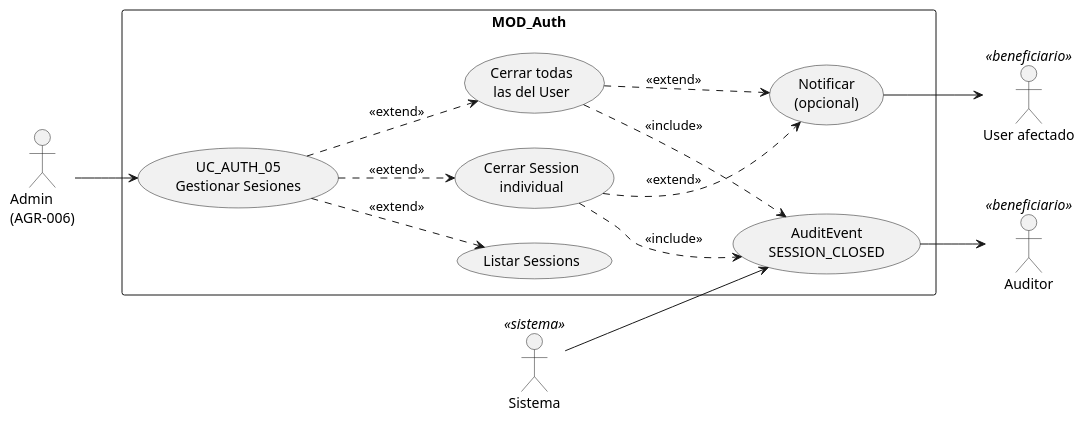
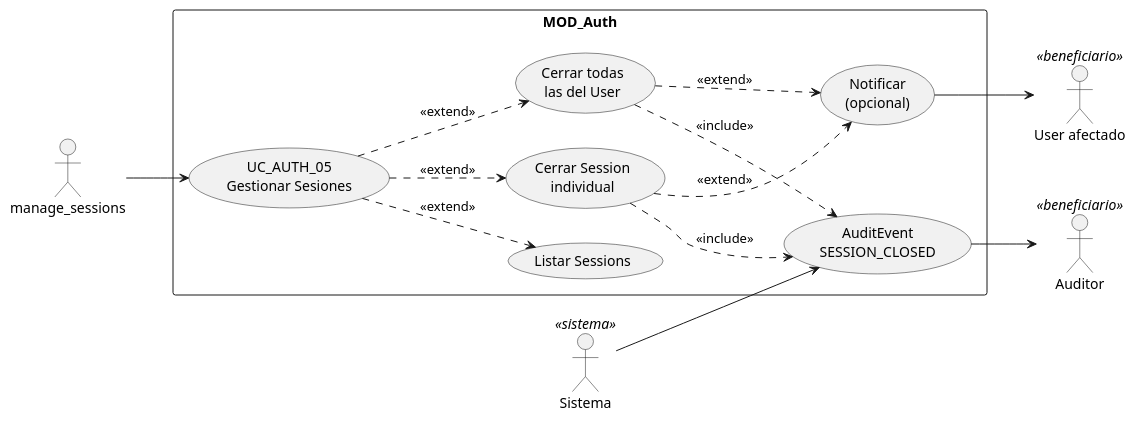
One commit to jcg-admin/IACT-docs changed the first of 4 diagrams in source/requisitos/casos-uso/auth/uc-auth-05/diagramas-uml.rst. Above: the diagram before and after it, drawn with PlantUML. The commit also changed 77 other files, not shown here.

First line of the commit message:
Enforce RBAC function names as actors in all UML diagrams

```diff
--- a/source/requisitos/casos-uso/auth/uc-auth-05/diagramas-uml.rst
+++ b/source/requisitos/casos-uso/auth/uc-auth-05/diagramas-uml.rst
@@ -10,34 +10,34 @@
 .. uml::
  :caption: UC_AUTH_05 — actores y casos asociados
 
  @startuml
 
  left to right direction
 
- actor "Admin\n(AGR-006)" as ADMIN
+ actor "manage_sessions" as ADMIN
  actor "User afectado" as USER <<beneficiario>>
  actor "Auditor" as AUD <<beneficiario>>
  actor "Sistema" as SYS <<sistema>>
 
  rectangle "MOD_Auth" {
    usecase "UC_AUTH_05\nGestionar Sesiones" as UC05
    usecase "Listar Sessions" as LST
    usecase "Cerrar Session\nindividual" as C1
    usecase "Cerrar todas\nlas del User" as CALL
    usecase "Notificar\n(opcional)" as NOT
    usecase "AuditEvent\nSESSION_CLOSED" as EMI
  }
 
  ADMIN --> UC05
  UC05 ..> LST : <<extend>>
  UC05 ..> C1 : <<extend>>
  UC05 ..> CALL : <<extend>>
  C1 ..> EMI : <<include>>
  CALL ..> EMI : <<include>>
  C1 ..> NOT : <<extend>>
  CALL ..> NOT : <<extend>>
  NOT --> USER
  SYS --> EMI
  EMI --> AUD
 
  @enduml
```
